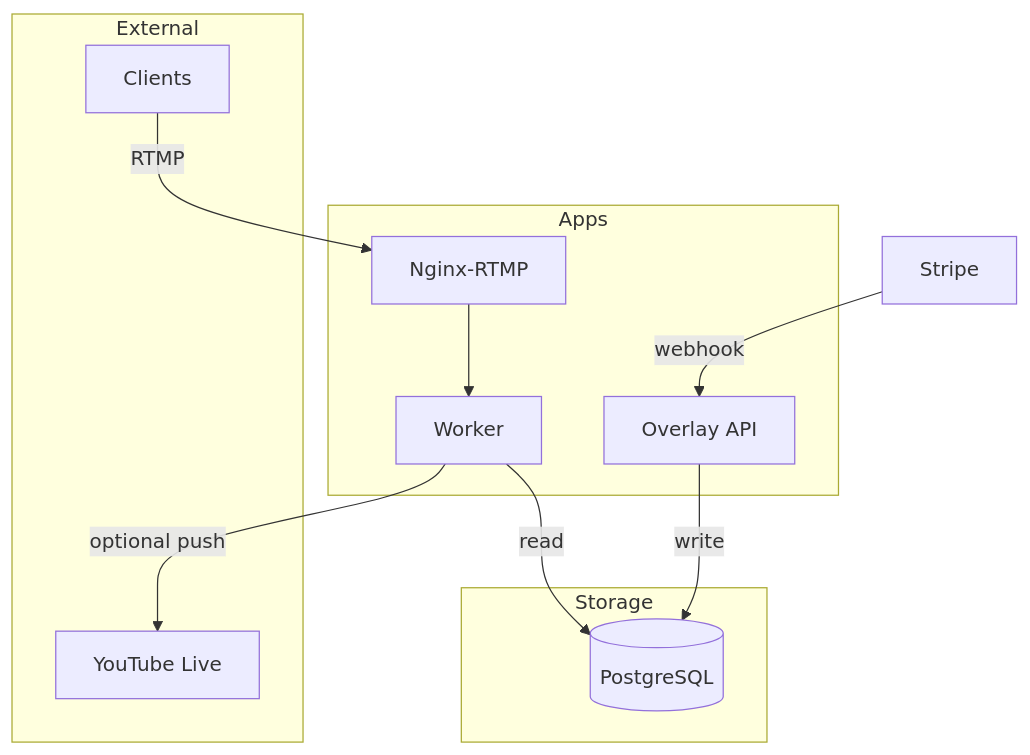
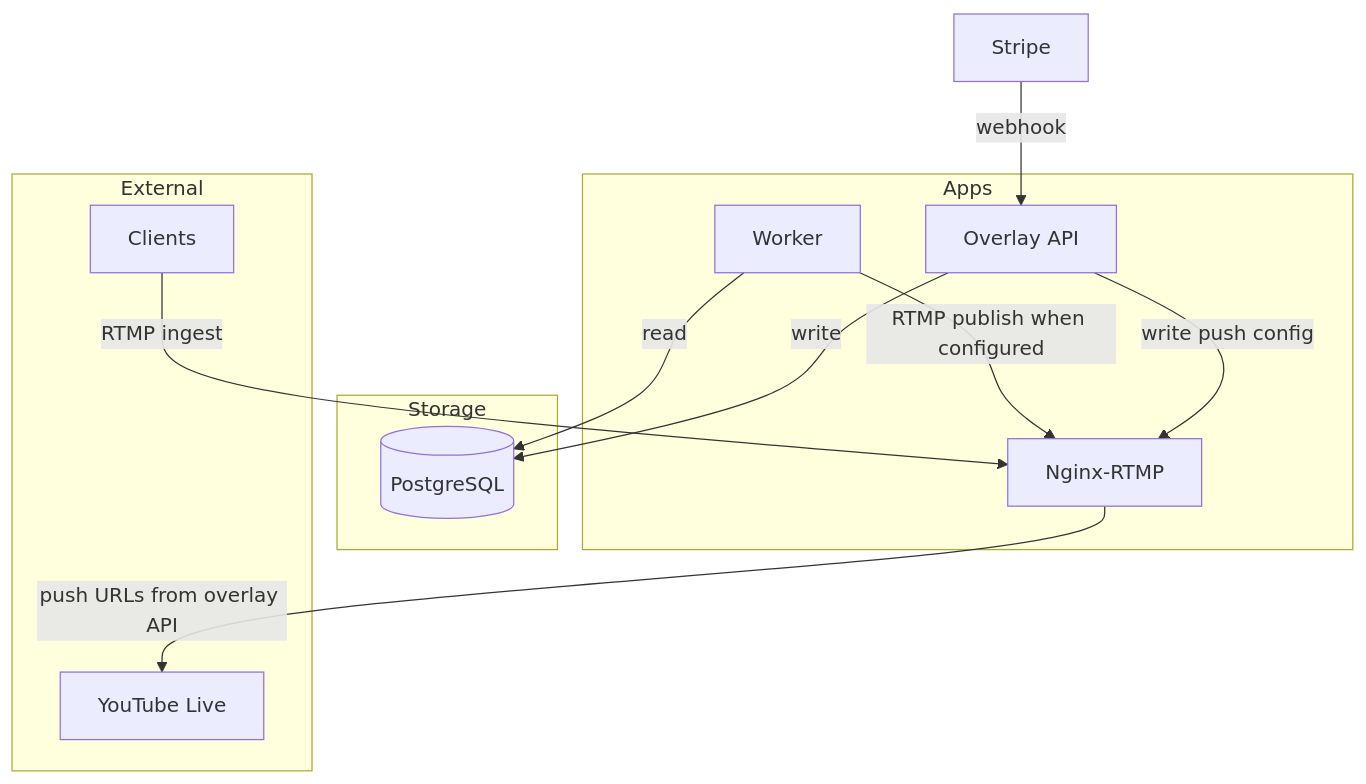
One commit to iklobato/donatik-tube changed the fifth of 5 diagrams in README.md. Above: the diagram before and after it, drawn with Mermaid. The commit also changed other lines of this file and 3 other files, not shown here.

````diff
--- a/README.md
+++ b/README.md
@@ -146,24 +149,25 @@
 ```mermaid
 flowchart TB
     subgraph Apps
         N[Nginx-RTMP]
         W[Worker]
         A[Overlay API]
     end
 
     subgraph Storage
         P[(PostgreSQL)]
     end
 
     subgraph External
         Y[YouTube Live]
         C[Clients]
     end
 
-    C -->|RTMP| N
-    N --> W
+    C -->|RTMP ingest| N
     W -->|read| P
+    W -->|RTMP publish when configured| N
+    N -->|push URLs from overlay API| Y
     A -->|write| P
+    A -->|write push config| N
     STRIPE[Stripe] -->|webhook| A
-    W -->|optional push| Y
 ```
````
